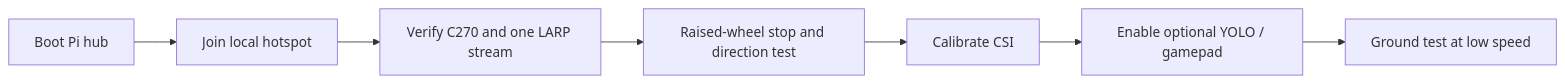
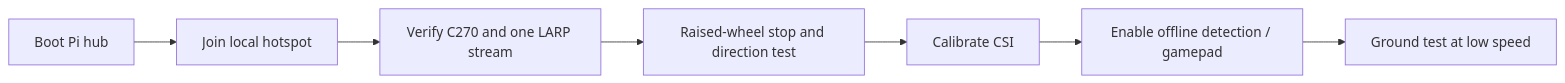
The second of 4 diagrams in stem-research-academy/README.md (AloeVeraZ/CityTechClubProjects), drawn with Mermaid before and after one commit. The commit also changed other lines of this file and 14 other files, not shown here.

````diff
--- a/stem-research-academy/README.md
+++ b/stem-research-academy/README.md
@@ -117,6 +117,6 @@
 ```mermaid
 flowchart LR
     A["Boot Pi hub"] --> B["Join local hotspot"] --> C["Verify C270 and one LARP stream"]
     C --> D["Raised-wheel stop and direction test"] --> E["Calibrate CSI"]
-    E --> F["Enable optional YOLO / gamepad"] --> G["Ground test at low speed"]
+    E --> F["Enable offline detection / gamepad"] --> G["Ground test at low speed"]
 ```
````
